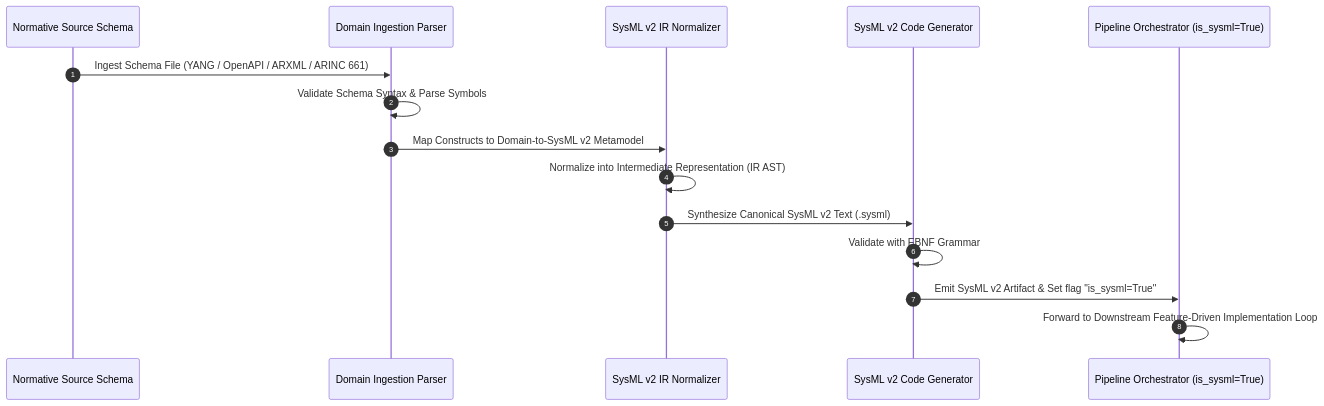
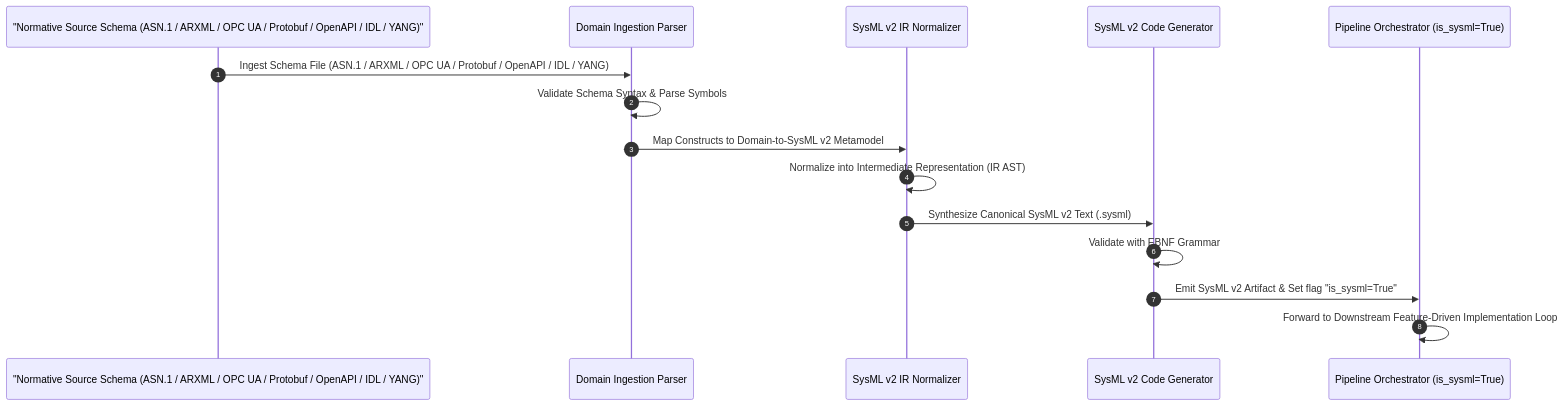
One commit to gintatkinson/digital-pipeline-repo changed the second of 3 diagrams in docs/designs/sysmlv2-universal-ingestion-blueprint.md. Above: the diagram before and after it, drawn with Mermaid. The commit also changed other lines of this file, not shown here.

Commit message:
docs(design): update SysML v2 blueprint with multi-schema domain neutrality (ASN.1, ARXML, OPC UA, Protobuf, OpenAPI, IDL)

````diff
--- a/docs/designs/sysmlv2-universal-ingestion-blueprint.md
+++ b/docs/designs/sysmlv2-universal-ingestion-blueprint.md
@@ -85,18 +122,18 @@
 ```mermaid
 sequenceDiagram
     autonumber
-    participant Src as Normative Source Schema
+    participant Src as "Normative Source Schema (ASN.1 / ARXML / OPC UA / Protobuf / OpenAPI / IDL / YANG)"
     participant Parser as Domain Ingestion Parser
     participant AST as SysML v2 IR Normalizer
     participant Synth as SysML v2 Code Generator
     participant Pipe as Pipeline Orchestrator (is_sysml=True)
 
-    Src->>Parser: Ingest Schema File (YANG / OpenAPI / ARXML / ARINC 661)
+    Src->>Parser: Ingest Schema File (ASN.1 / ARXML / OPC UA / Protobuf / OpenAPI / IDL / YANG)
     Parser->>Parser: Validate Schema Syntax & Parse Symbols
     Parser->>AST: Map Constructs to Domain-to-SysML v2 Metamodel
     AST->>AST: Normalize into Intermediate Representation (IR AST)
     AST->>Synth: Synthesize Canonical SysML v2 Text (.sysml)
     Synth->>Synth: Validate with EBNF Grammar
     Synth->>Pipe: Emit SysML v2 Artifact & Set flag "is_sysml=True"
     Pipe->>Pipe: Forward to Downstream Feature-Driven Implementation Loop
 ```
````
